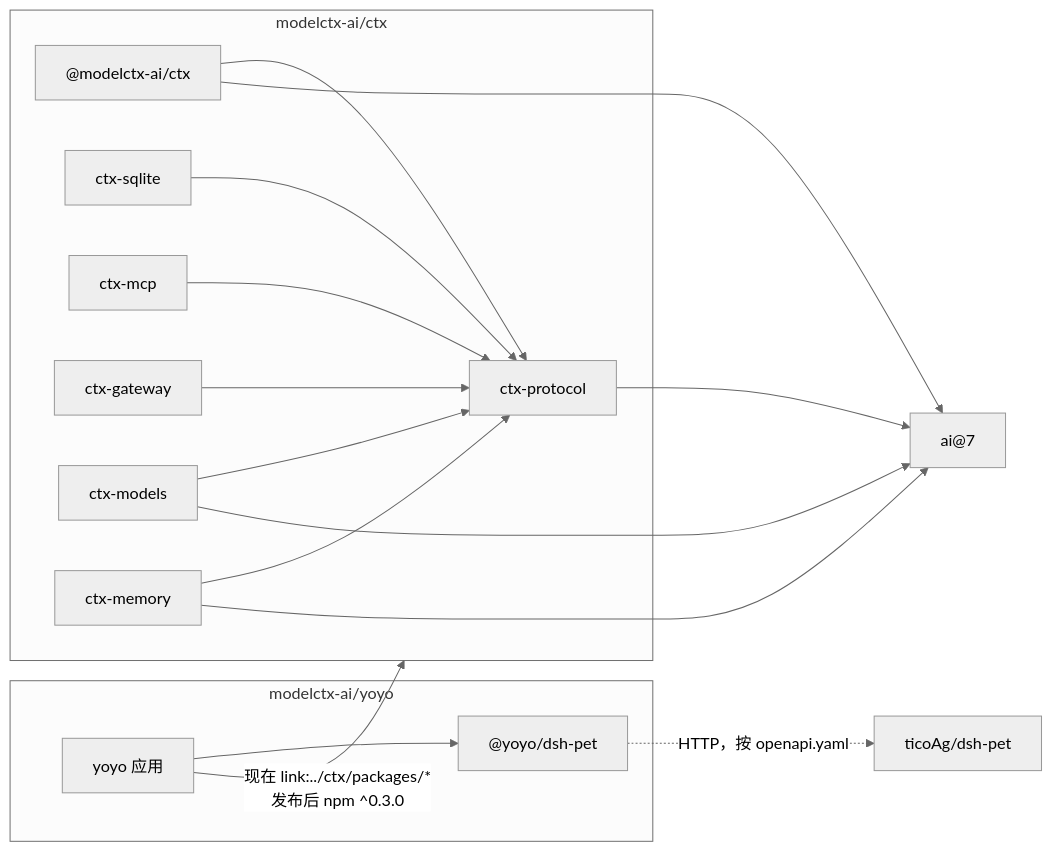
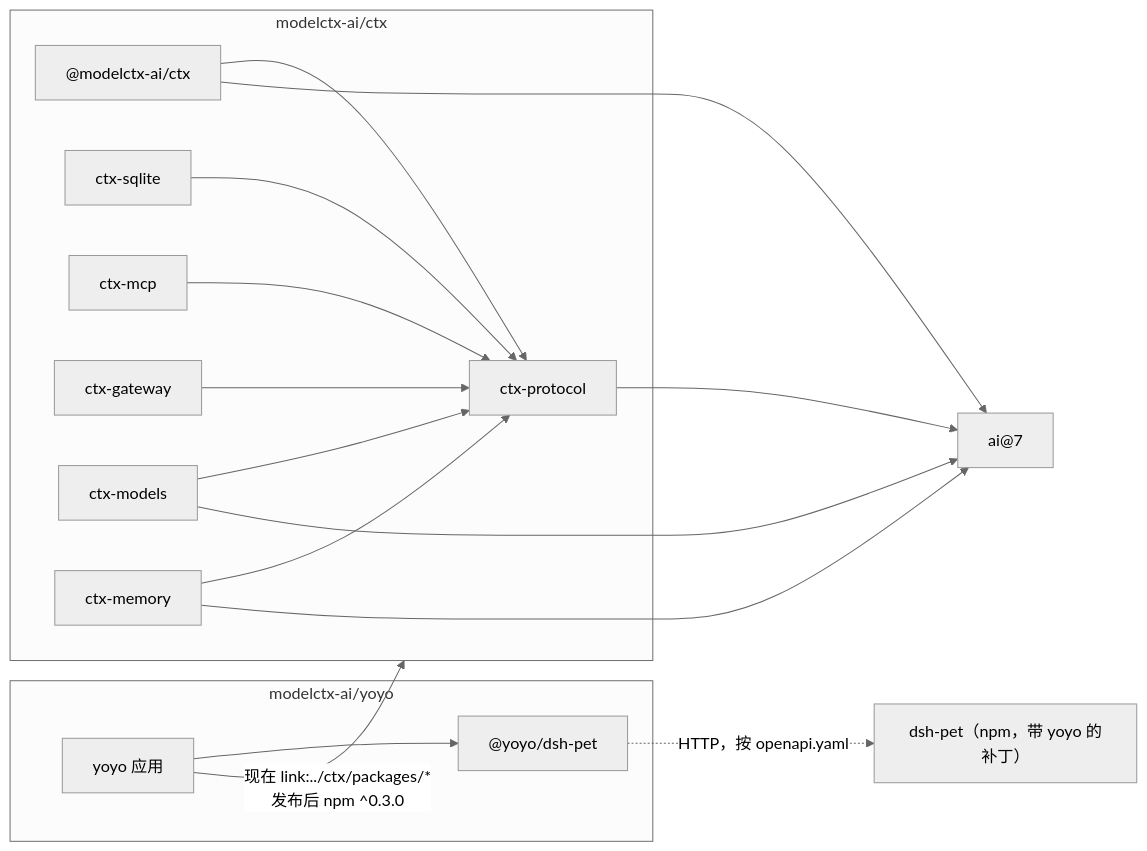
Before and after one commit to modelctx-ai/ctx: the first of 2 diagrams in docs/repos.md, drawn with Mermaid (neutral theme). The commit also changed other lines of this file and 1 other file, not shown here.

First line of the commit message:
docs(repos): yoyo 改用 npm 上的 dsh-pet，右键菜单靠 yoyo 的补丁

````diff
--- a/docs/repos.md
+++ b/docs/repos.md
@@ -37,21 +38,21 @@
 ```mermaid
 flowchart LR
   subgraph ctxrepo["modelctx-ai/ctx"]
     protocol["ctx-protocol"]
     core["@modelctx-ai/ctx"] --> protocol
     sqlite["ctx-sqlite"] --> protocol
     mcp["ctx-mcp"] --> protocol
     gateway["ctx-gateway"] --> protocol
     models["ctx-models"] --> protocol
     memory["ctx-memory"] --> protocol
   end
   subgraph yoyorepo["modelctx-ai/yoyo"]
     app["yoyo 应用"] --> client["@yoyo/dsh-pet"]
   end
   app -- "现在 link:../ctx/packages/*<br/>发布后 npm ^0.3.0" --> ctxrepo
   protocol --> ai["ai@7"]
   core --> ai
   models --> ai
   memory --> ai
-  client -. "HTTP，按 openapi.yaml" .-> pet["ticoAg/dsh-pet"]
+  client -. "HTTP，按 openapi.yaml" .-> pet["dsh-pet（npm，带 yoyo 的补丁）"]
 ```
````
